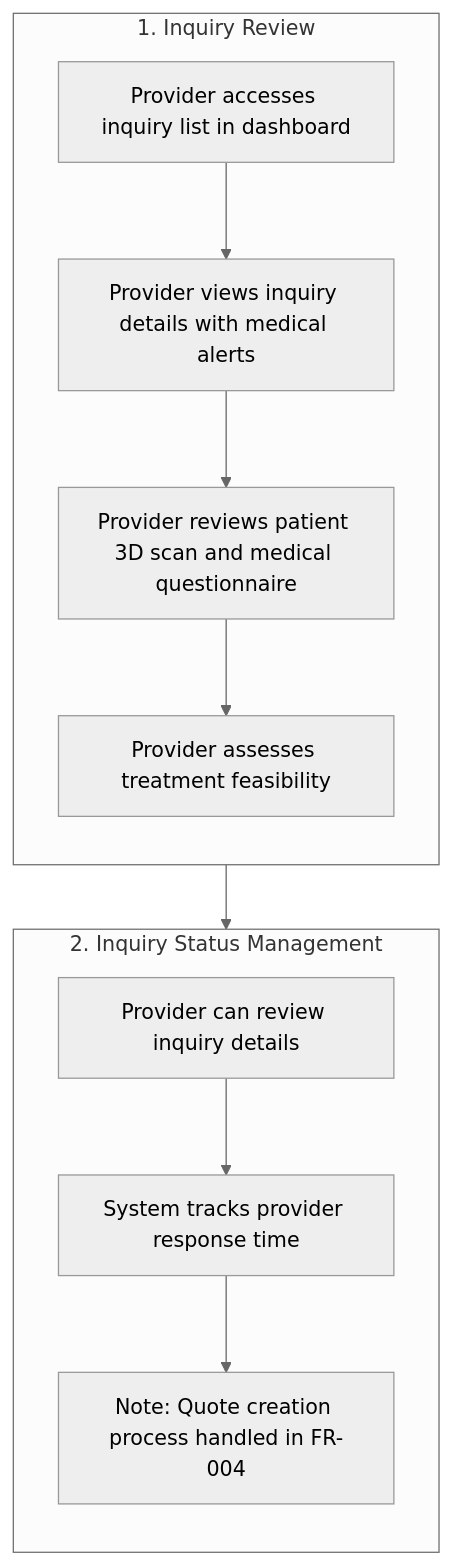
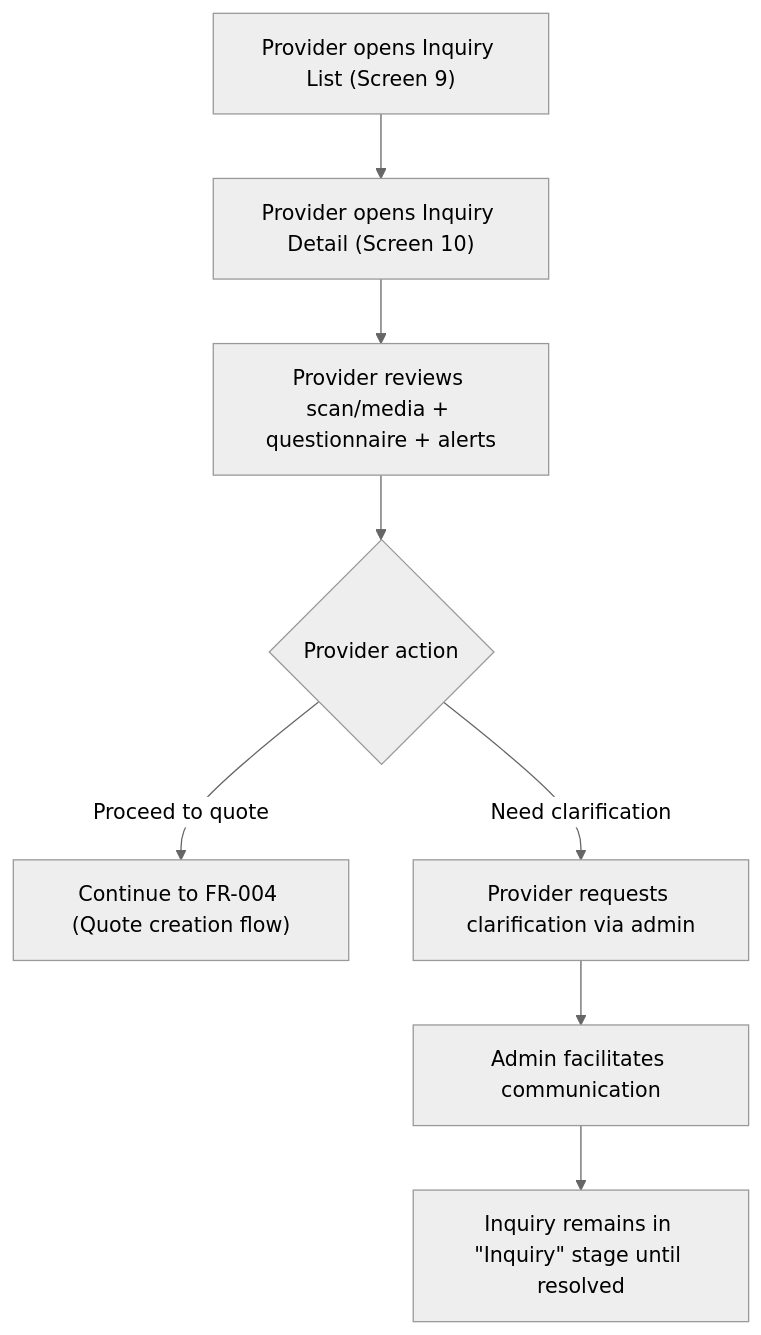
One commit to joachimtrungtuan/hairline-pm-docs changed the ninth of 14 diagrams in project-requirements/functional-requirements/fr003-inquiry-submission/prd.md. Above: the diagram before and after it, drawn with Mermaid (neutral theme). The commit also changed other lines of this file and 12 other files, not shown here.

Commit message:
Update task automation scripts and update FR-003 flows into Mermaid format

````diff
--- a/project-requirements/functional-requirements/fr003-inquiry-submission/prd.md
+++ b/project-requirements/functional-requirements/fr003-inquiry-submission/prd.md
@@ -253,14 +253,11 @@
 ```mermaid
 flowchart TD
-  subgraph W3S1["1. Inquiry Review"]
-    direction TB
-    W3S1_1["Provider accesses inquiry list in dashboard"] --> W3S1_2["Provider views inquiry details with medical alerts"] --> W3S1_3["Provider reviews patient 3D scan and medical questionnaire"] --> W3S1_4["Provider assesses treatment feasibility"]
-  end
+    Start["Provider opens Inquiry List (Screen 9)"] --> Open["Provider opens Inquiry Detail (Screen 10)"]
+    Open --> Review["Provider reviews scan/media + questionnaire + alerts"]
+    Review --> Action{"Provider action"}
 
-  subgraph W3S2["2. Inquiry Status Management"]
-    direction TB
-    W3S2_1["Provider can review inquiry details"] --> W3S2_2["System tracks provider response time"] --> W3S2_3["Note: Quote creation process handled in FR-004"]
-  end
-
-  W3S1_4 --> W3S2_1
+    Action -->|Proceed to quote| Quote["Continue to FR-004 (Quote creation flow)"]
+    Action -->|Need clarification| RequestInfo["Provider requests clarification via admin"]
+    RequestInfo --> AdminHelp["Admin facilitates communication"]
+    AdminHelp --> Stay["Inquiry remains in &quot;Inquiry&quot; stage until resolved"]
 ```
````
